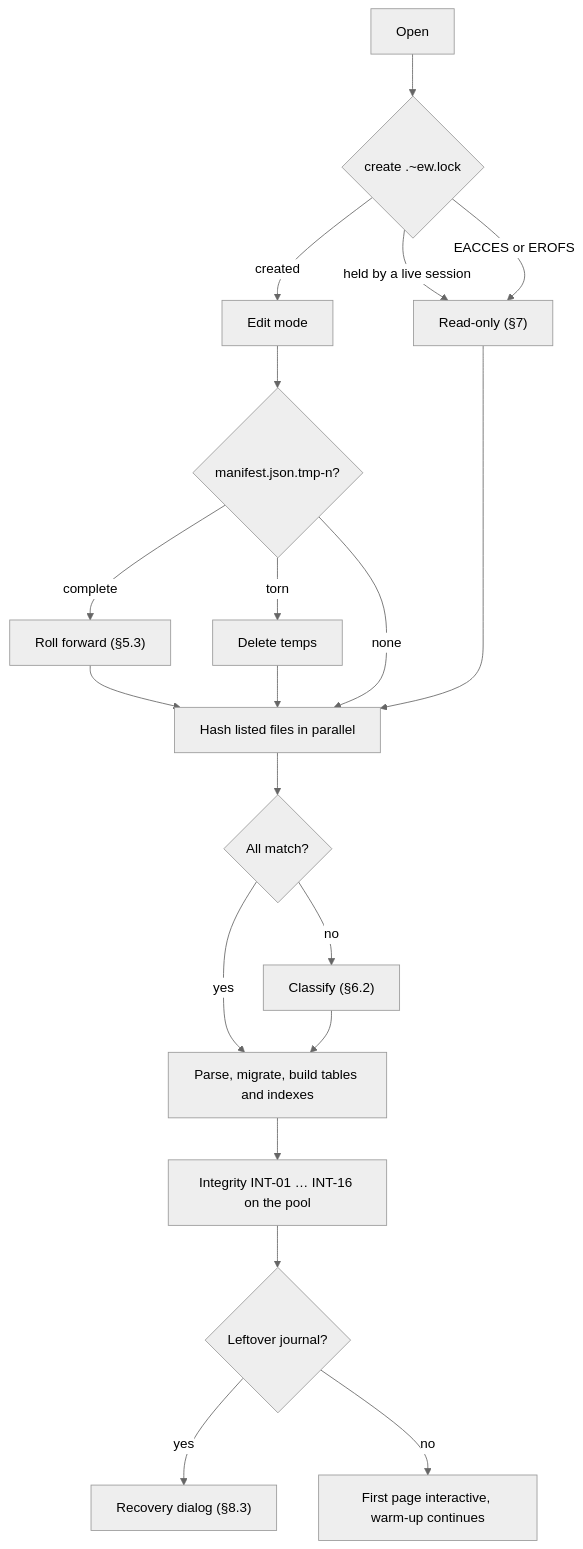
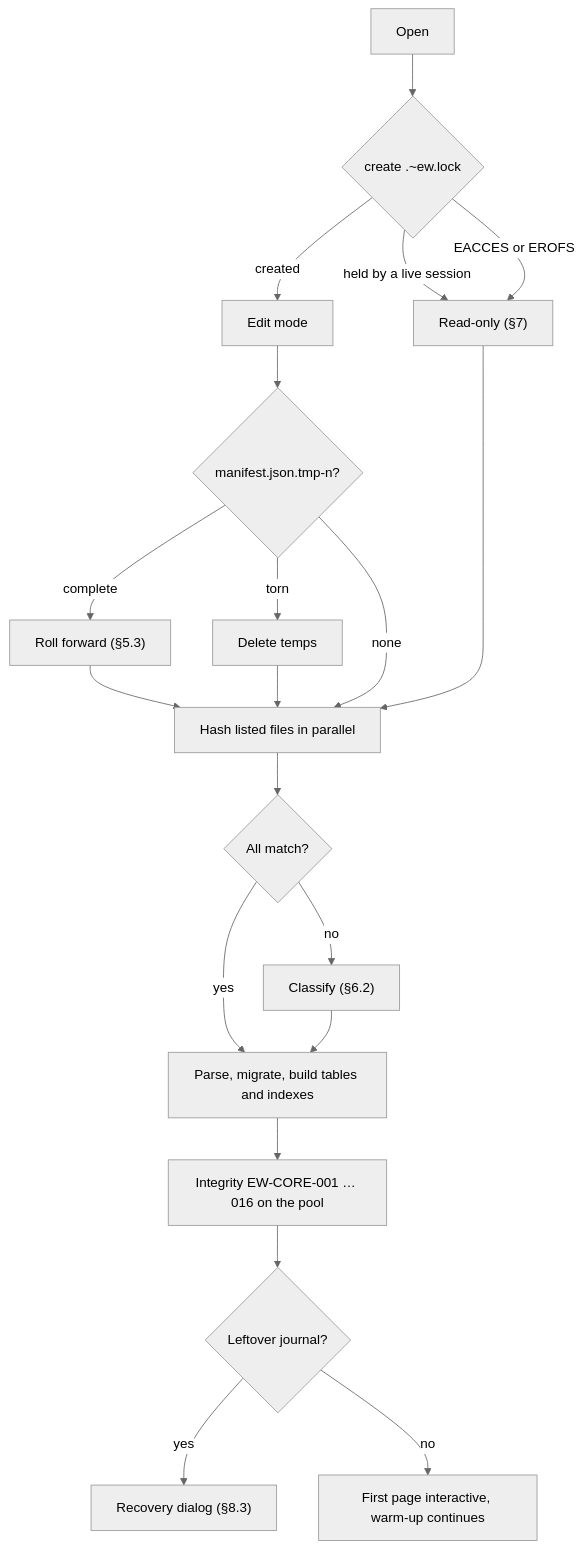
One commit to Ironkode787/ElektraWatt changed the second of 3 diagrams in docs/design/05-project-format-and-persistence.md. Above: the diagram before and after it, drawn with Mermaid (neutral theme). The commit also changed other lines of this file and 51 other files, not shown here.

````diff
--- a/docs/design/05-project-format-and-persistence.md
+++ b/docs/design/05-project-format-and-persistence.md
@@ -469,19 +503,19 @@
 ```mermaid
 flowchart TD
   S[Open] --> L{"create .~ew.lock"}
   L -- created --> RW[Edit mode]
   L -- "held by a live session" --> RO["Read-only (§7)"]
   L -- "EACCES or EROFS" --> RO
   RW --> T{"manifest.json.tmp-n?"}
   T -- complete --> F["Roll forward (§5.3)"] --> H
   T -- torn --> D[Delete temps] --> H
   T -- none --> H["Hash listed files in parallel"]
   RO --> H
   H --> M{"All match?"}
   M -- yes --> P["Parse, migrate, build tables and indexes"]
   M -- no --> C["Classify (§6.2)"] --> P
-  P --> I["Integrity INT-01 … INT-16 on the pool"]
+  P --> I["Integrity EW-CORE-001 … 016 on the pool"]
   I --> J{"Leftover journal?"}
   J -- yes --> R["Recovery dialog (§8.3)"]
   J -- no --> O["First page interactive, warm-up continues"]
 ```
````
